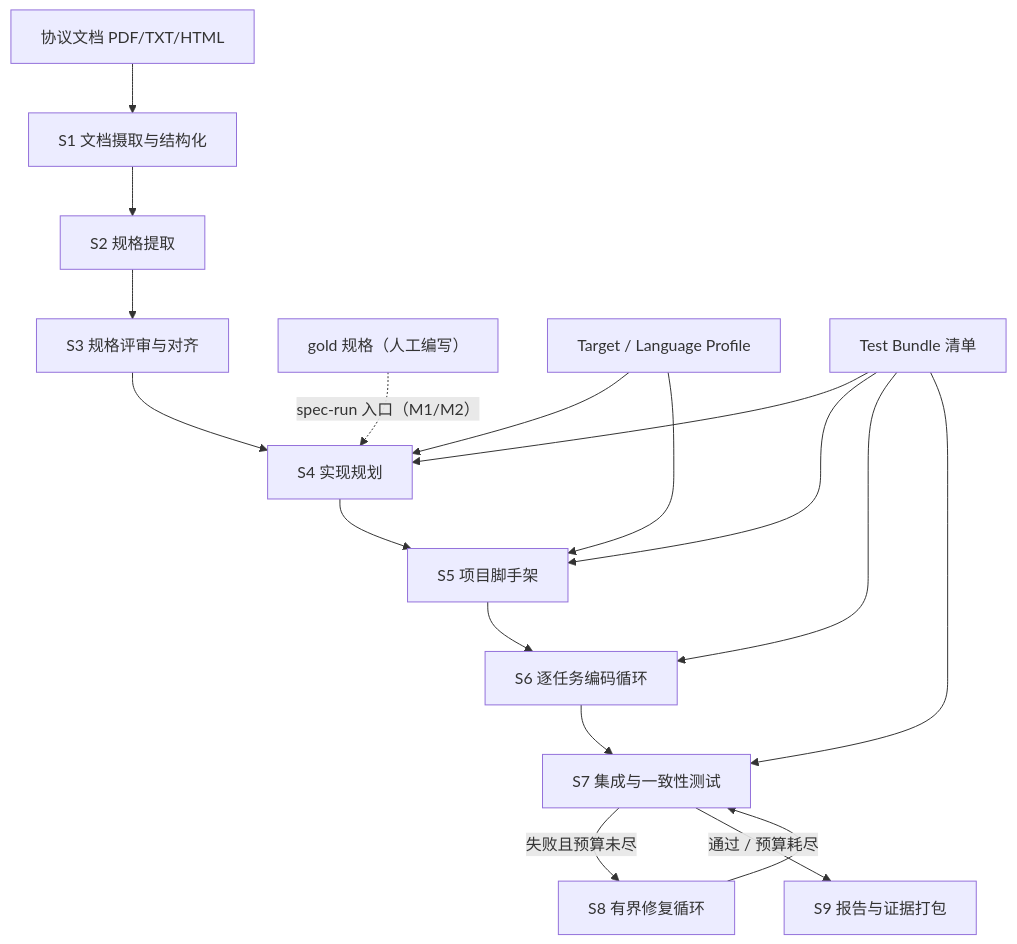
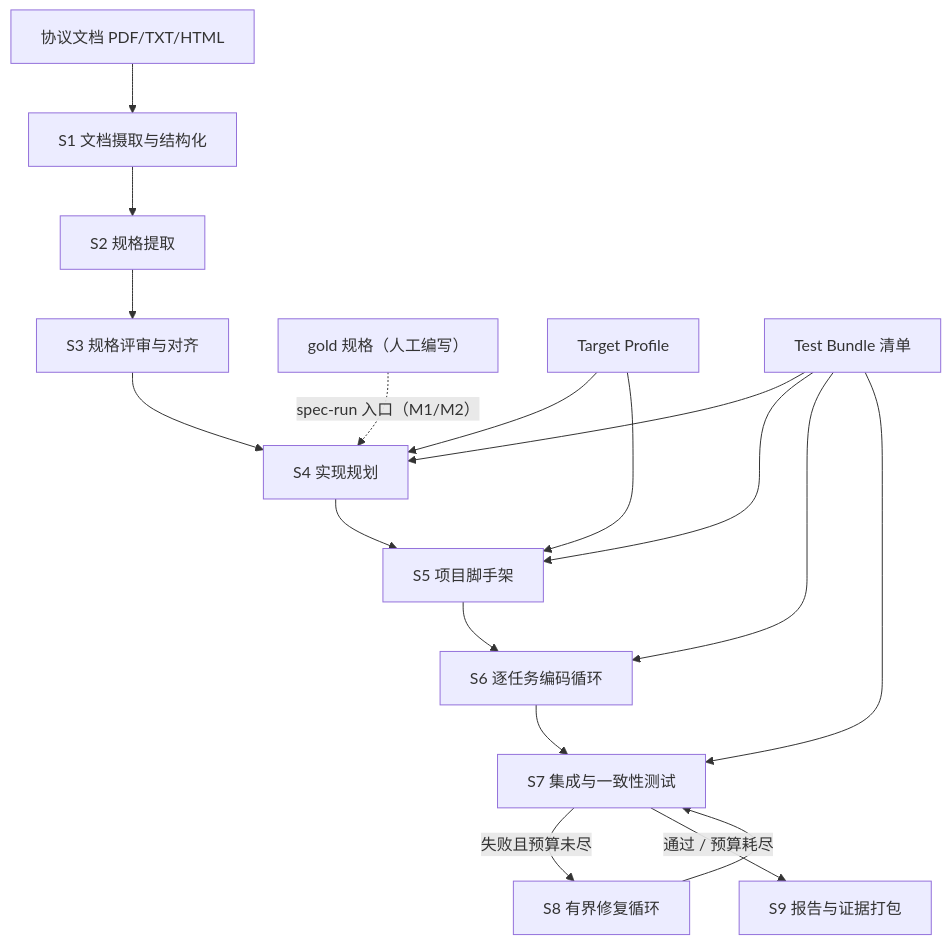
The first of 2 diagrams in project_docs/system_design.md (Assassin187/NePA), drawn with Mermaid before and after one commit. The commit also changed other lines of this file and 1 other file, not shown here.

````diff
--- a/project_docs/system_design.md
+++ b/project_docs/system_design.md
@@ -184,20 +184,20 @@
 ```mermaid
 flowchart TD
   A[协议文档 PDF/TXT/HTML] --> S1[S1 文档摄取与结构化]
   S1 --> S2[S2 规格提取]
   S2 --> S3[S3 规格评审与对齐]
   S3 --> S4[S4 实现规划]
   G[gold 规格（人工编写）] -.spec-run 入口（M1/M2）.-> S4
-  P[Target / Language Profile] --> S4
+  P[Target Profile] --> S4
   P --> S5
   T[Test Bundle 清单] --> S4
   T --> S5
   S4 --> S5[S5 项目脚手架]
   S5 --> S6[S6 逐任务编码循环]
   T --> S6
   T --> S7
   S6 --> S7[S7 集成与一致性测试]
   S7 -- 失败且预算未尽 --> S8[S8 有界修复循环]
   S8 --> S7
   S7 -- 通过 / 预算耗尽 --> S9[S9 报告与证据打包]
 ```
````
